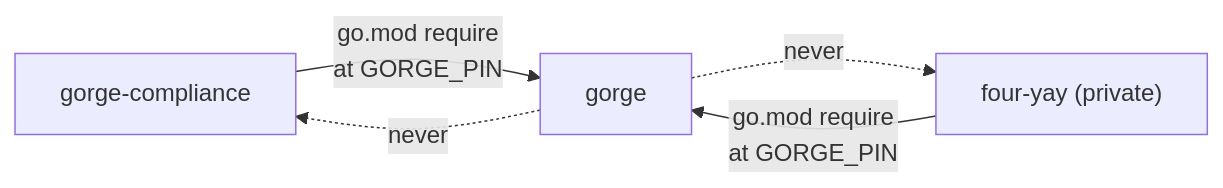
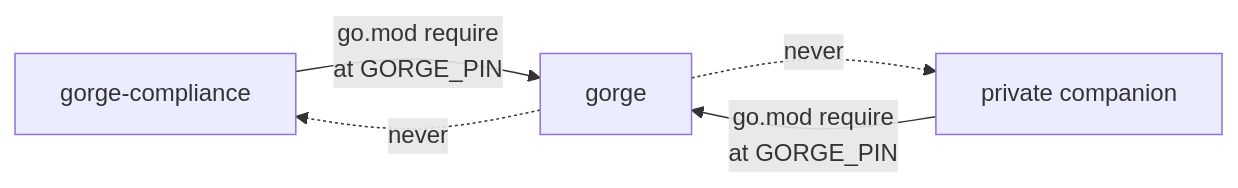
One commit to adams-shaun/gorge changed the first of 3 diagrams in docs/site/repos/index.md. Above: the diagram before and after it, drawn with Mermaid. The commit also changed other lines of this file and 20 other files, not shown here.

First line of the commit message:
docs: scrub private-companion details from public prose

````diff
--- a/docs/site/repos/index.md
+++ b/docs/site/repos/index.md
@@ -131,7 +130,7 @@
 ```mermaid
 flowchart LR
   compliance["gorge-compliance"] -->|"go.mod require<br/>at GORGE_PIN"| gorge["gorge"]
-  fouryay["four-yay (private)"] -->|"go.mod require<br/>at GORGE_PIN"| gorge
+  priv["private companion"] -->|"go.mod require<br/>at GORGE_PIN"| gorge
   gorge -.->|"never"| compliance
-  gorge -.->|"never"| fouryay
+  gorge -.->|"never"| priv
 ```
````
